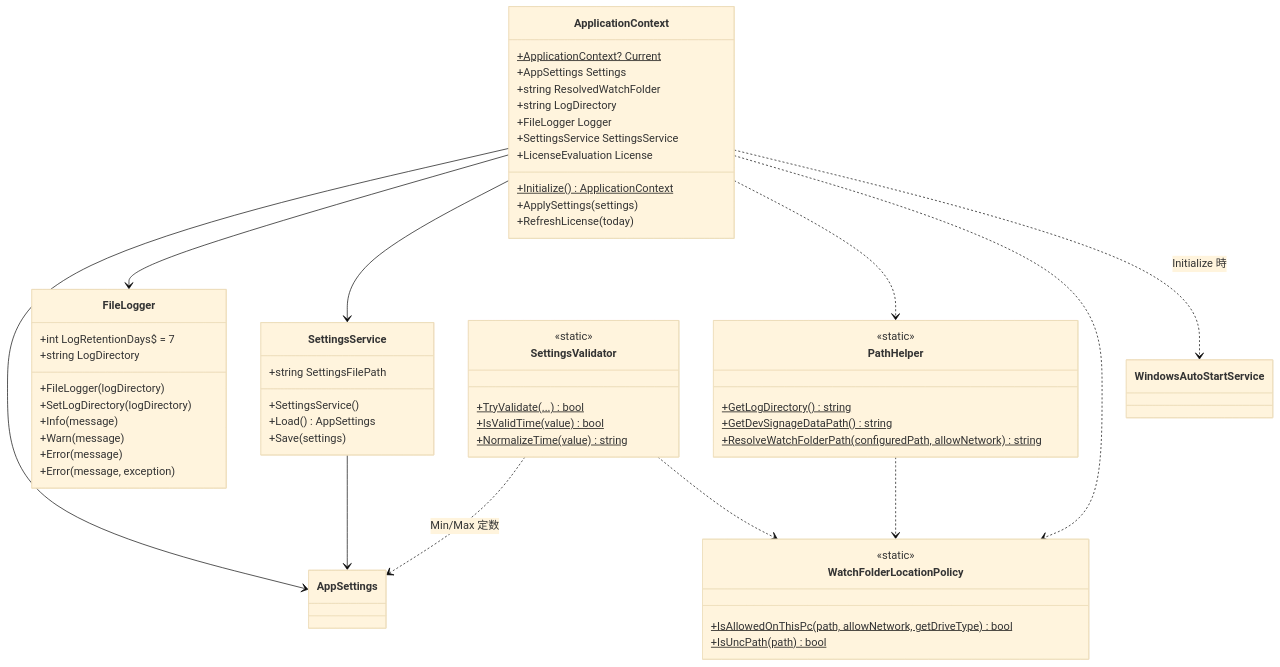
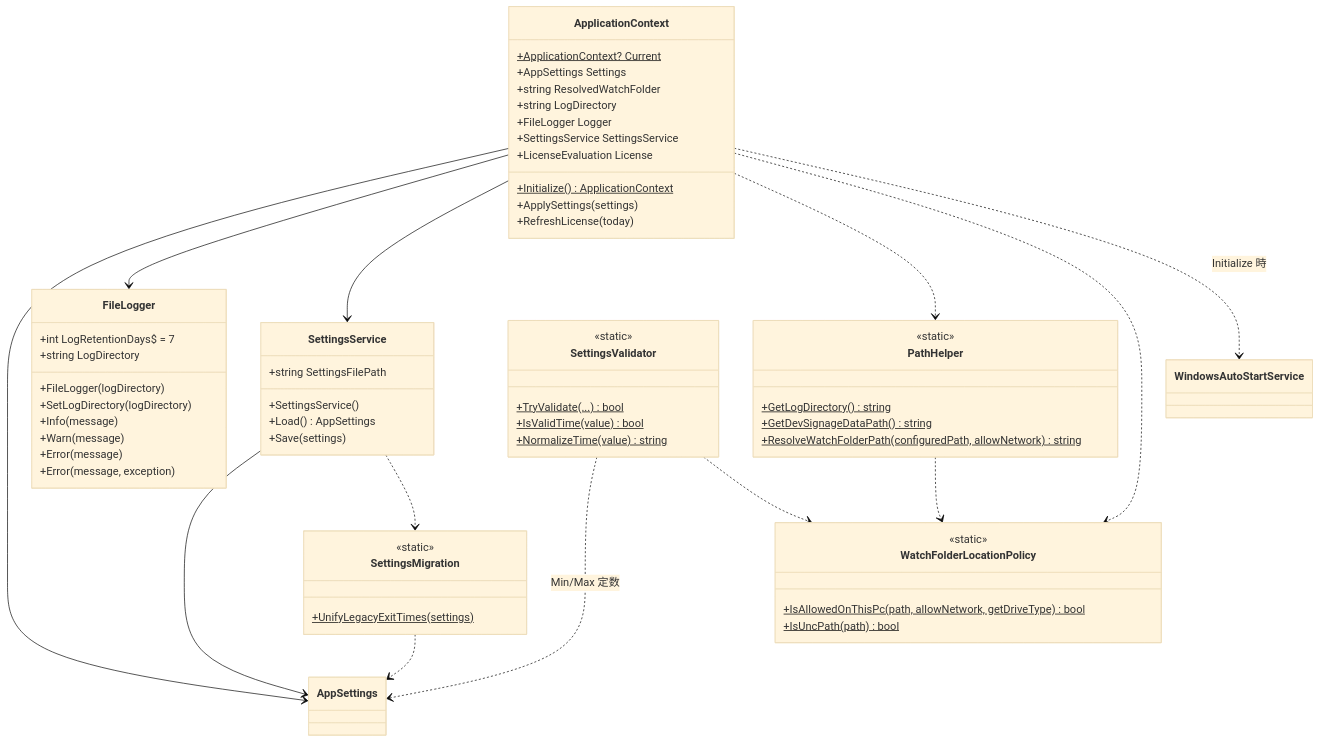
The seventh of 10 diagrams in docs/クラス設計図.md (kamanori3/SimpleDigitalSignage), drawn with Mermaid (base theme) before and after one commit. The commit also changed other lines of this file and 27 other files, not shown here.

````diff
--- a/docs/クラス設計図.md
+++ b/docs/クラス設計図.md
@@ -375,64 +380,71 @@
 ```mermaid
 classDiagram
   class ApplicationContext {
     +ApplicationContext? Current$
     +AppSettings Settings
     +string ResolvedWatchFolder
     +string LogDirectory
     +FileLogger Logger
     +SettingsService SettingsService
     +LicenseEvaluation License
     +Initialize()$ ApplicationContext
     +ApplySettings(settings)
     +RefreshLicense(today)
   }
 
   class SettingsService {
     +string SettingsFilePath
     +SettingsService()
     +Load() AppSettings
     +Save(settings)
+  }
+
+  class SettingsMigration {
+    <<static>>
+    +UnifyLegacyExitTimes(settings)$
   }
 
   class PathHelper {
     <<static>>
     +GetLogDirectory()$ string
     +GetDevSignageDataPath()$ string
     +ResolveWatchFolderPath(configuredPath, allowNetwork)$ string
   }
 
   class WatchFolderLocationPolicy {
     <<static>>
     +IsAllowedOnThisPc(path, allowNetwork, getDriveType)$ bool
     +IsUncPath(path)$ bool
   }
 
   class FileLogger {
     +int LogRetentionDays$ = 7
     +string LogDirectory
     +FileLogger(logDirectory)
     +SetLogDirectory(logDirectory)
     +Info(message)
     +Warn(message)
     +Error(message)
     +Error(message, exception)
   }
 
   class SettingsValidator {
     <<static>>
     +TryValidate(...)$ bool
     +IsValidTime(value)$ bool
     +NormalizeTime(value)$ string
   }
 
   ApplicationContext --> AppSettings
   ApplicationContext --> FileLogger
   ApplicationContext --> SettingsService
   ApplicationContext ..> PathHelper
   ApplicationContext ..> WatchFolderLocationPolicy
   ApplicationContext ..> WindowsAutoStartService : Initialize 時
   SettingsService --> AppSettings
+  SettingsService ..> SettingsMigration
+  SettingsMigration ..> AppSettings
   SettingsValidator ..> AppSettings : Min/Max 定数
   SettingsValidator ..> WatchFolderLocationPolicy
   PathHelper ..> WatchFolderLocationPolicy
 ```
````
